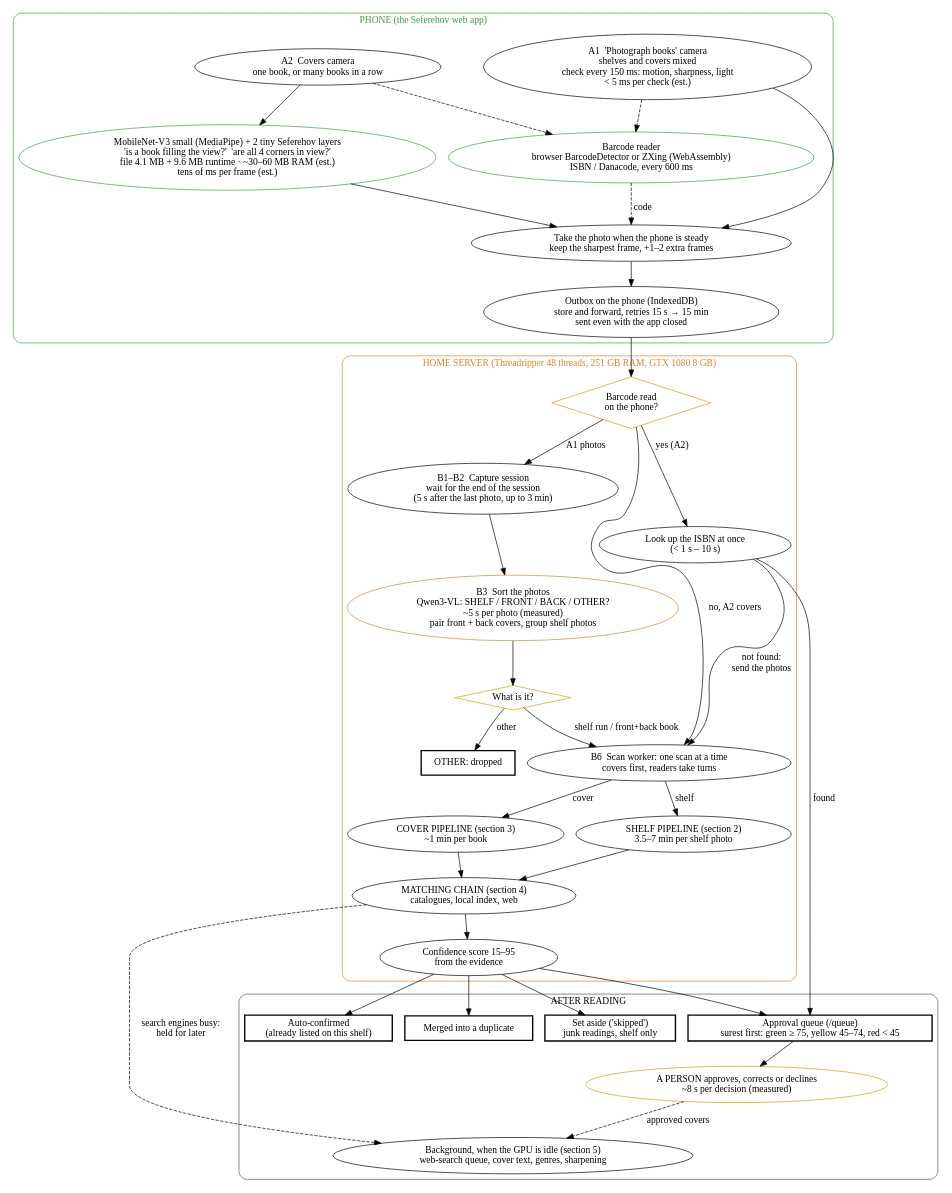
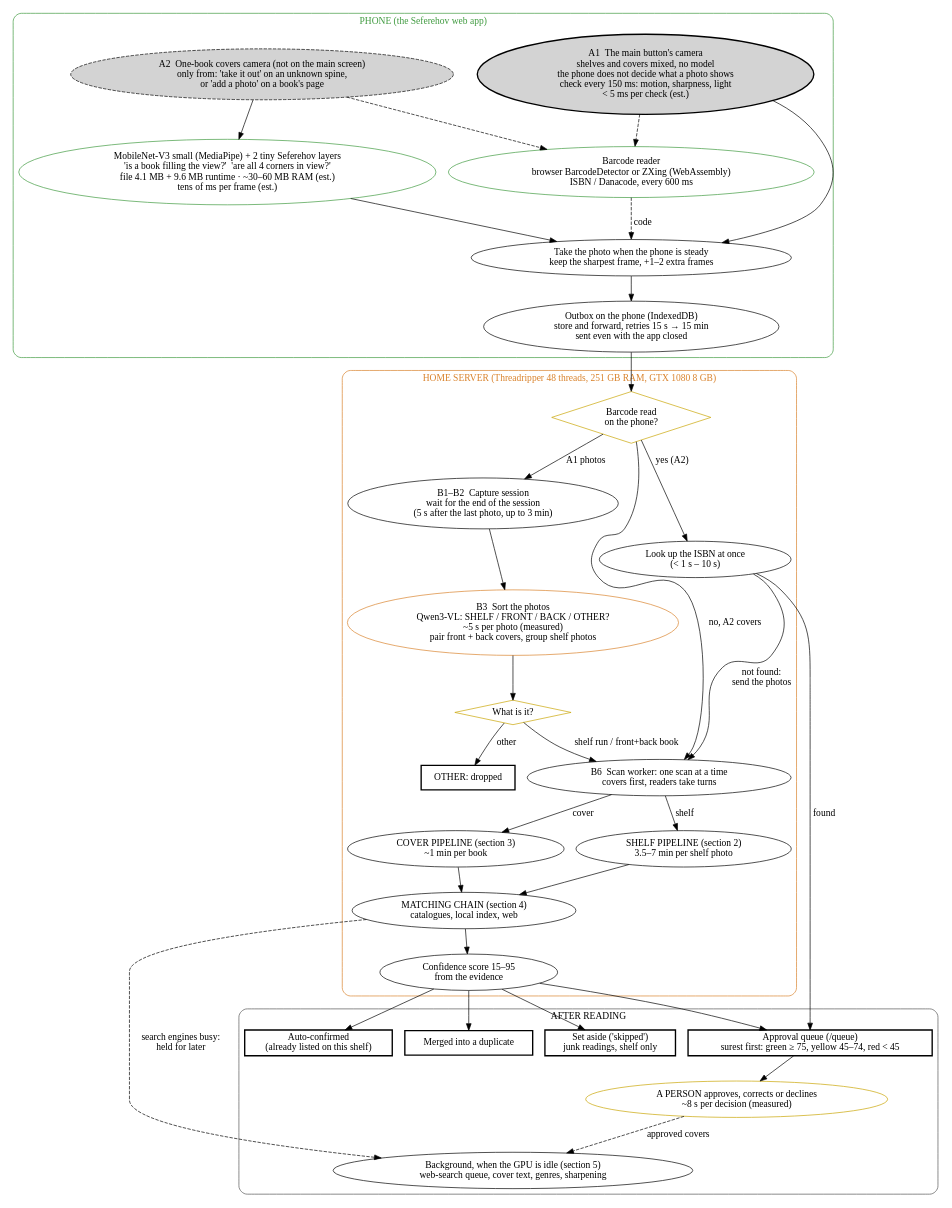
The diagram in docs/scan-pipeline/overview.dot (amih/seferehov), drawn with Graphviz before and after one commit. The commit also changed 3 other files, not shown here.

Commit message:
Docs: one camera on the main screen, sorted on the server; the one-book covers camera only from unknown spines and book pages

```diff
--- a/docs/scan-pipeline/overview.dot
+++ b/docs/scan-pipeline/overview.dot
@@ -1,48 +1,48 @@
 digraph overview {
   rankdir=TB;
 #include
   subgraph cluster_phone {
     label="PHONE (the Seferehov web app)"; style="rounded"; color="#3f9a3f"; fontcolor="#3f9a3f";
-    cam1 [label="A1  'Photograph books' camera\nshelves and covers mixed\ncheck every 150 ms: motion, sharpness, light\n< 5 ms per check (est.)"];
-    cam2 [label="A2  Covers camera\none book, or many books in a row"];
+    cam1 [label="A1  The main button's camera\nshelves and covers mixed, no model\nthe phone does not decide what a photo shows\ncheck every 150 ms: motion, sharpness, light\n< 5 ms per check (est.)", style="filled,bold"];
+    cam2 [label="A2  One-book covers camera (not on the main screen)\nonly from: 'take it out' on an unknown spine,\nor 'add a photo' on a book's page", style="filled,dashed"];
     mnet [label="MobileNet-V3 small (MediaPipe) + 2 tiny Seferehov layers\n'is a book filling the view?'  'are all 4 corners in view?'\nfile 4.1 MB + 9.6 MB runtime · ~30–60 MB RAM (est.)\ntens of ms per frame (est.)", fillcolor="#c9f0c9", color="#3f9a3f"];
     bc   [label="Barcode reader\nbrowser BarcodeDetector or ZXing (WebAssembly)\nISBN / Danacode, every 600 ms", fillcolor="#c9f0c9", color="#3f9a3f"];
     shot [label="Take the photo when the phone is steady\nkeep the sharpest frame, +1–2 extra frames"];
     box  [label="Outbox on the phone (IndexedDB)\nstore and forward, retries 15 s → 15 min\nsent even with the app closed"];
     cam1 -> shot; cam2 -> mnet -> shot; cam1 -> bc [style=dashed]; cam2 -> bc [style=dashed]; bc -> shot [style=dashed, label="code"];
     shot -> box;
   }
   subgraph cluster_server {
     label="HOME SERVER (Threadripper 48 threads, 251 GB RAM, GTX 1080 8 GB)"; style="rounded"; color="#d9822b"; fontcolor="#d9822b";
     hasbc [label="Barcode read\non the phone?", shape=diamond, fillcolor="#fff7c2", color="#c9a400"];
     fast  [label="Look up the ISBN at once\n(< 1 s – 10 s)"];
     sess  [label="B1–B2  Capture session\nwait for the end of the session\n(5 s after the last photo, up to 3 min)"];
     sort  [label="B3  Sort the photos\nQwen3-VL: SHELF / FRONT / BACK / OTHER?\n~5 s per photo (measured)\npair front + back covers, group shelf photos", fillcolor="#ffd8a8", color="#d9822b"];
     kind  [label="What is it?", shape=diamond, fillcolor="#fff7c2", color="#c9a400"];
     drop0 [label="OTHER: dropped", shape=box, style="filled,bold", fillcolor="#ffffff"];
     worker[label="B6  Scan worker: one scan at a time\ncovers first, readers take turns"];
     shelf [label="SHELF PIPELINE (section 2)\n3.5–7 min per shelf photo"];
     cover [label="COVER PIPELINE (section 3)\n~1 min per book"];
     match [label="MATCHING CHAIN (section 4)\ncatalogues, local index, web"];
     conf  [label="Confidence score 15–95\nfrom the evidence"];
   }
   subgraph cluster_after {
     label="AFTER READING"; style="rounded"; color="#555555";
     auto  [label="Auto-confirmed\n(already listed on this shelf)", shape=box, style="filled,bold", fillcolor="#ffffff"];
     merged[label="Merged into a duplicate", shape=box, style="filled,bold", fillcolor="#ffffff"];
     aside [label="Set aside ('skipped')\njunk readings, shelf only", shape=box, style="filled,bold", fillcolor="#ffffff"];
     queue [label="Approval queue (/queue)\nsurest first: green ≥ 75, yellow 45–74, red < 45", shape=box, style="filled,bold", fillcolor="#ffffff"];
     human [label="A PERSON approves, corrects or declines\n~8 s per decision (measured)", fillcolor="#fffbe6", color="#c9a400"];
     later [label="Background, when the GPU is idle (section 5)\nweb-search queue, cover text, genres, sharpening"];
   }
   box -> hasbc;
   hasbc -> fast [label="yes (A2)"]; hasbc -> worker [label="no, A2 covers"]; hasbc -> sess [label="A1 photos"];
   fast -> queue [label="found"]; fast -> worker [label="not found:\nsend the photos"];
   sess -> sort -> kind;
   kind -> worker [label="shelf run / front+back book"]; kind -> drop0 [label="other"];
   worker -> shelf [label="shelf"]; worker -> cover [label="cover"];
   shelf -> match; cover -> match; match -> conf;
   conf -> auto; conf -> merged; conf -> aside; conf -> queue;
   queue -> human; human -> later [style=dashed, label="approved covers"];
   match -> later [style=dashed, label="search engines busy:\nheld for later"];
 }
```
